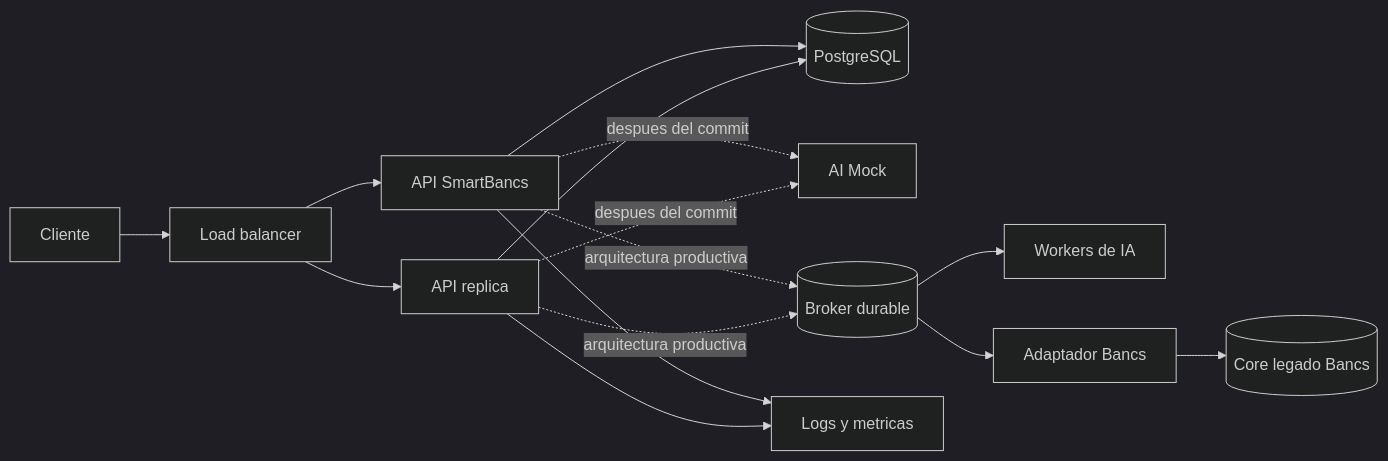
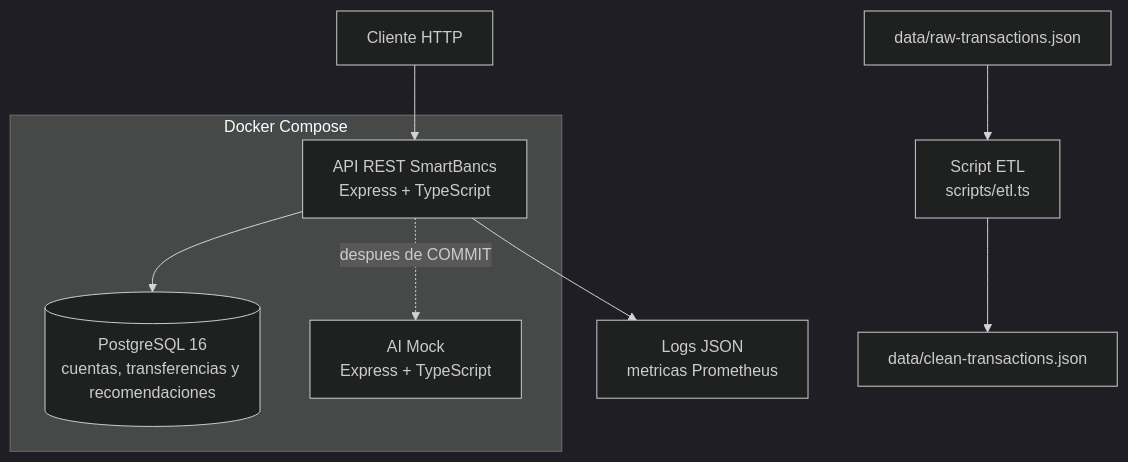
The first of 6 diagrams in DOCUMENTO_TECNICO.md (jennifervivianap/smartbancs), drawn with Mermaid (dark theme) before and after one commit. The commit also changed other lines of this file and 1 other file, not shown here.

````diff
--- a/DOCUMENTO_TECNICO.md
+++ b/DOCUMENTO_TECNICO.md
@@ -11,17 +11,15 @@
 ```mermaid
-flowchart LR
-	Client[Cliente] --> LB[Load balancer]
-	LB --> API1[API SmartBancs]
-	LB --> API2[API replica]
-	API1 --> DB[(PostgreSQL)]
-	API2 --> DB
-	API1 -. despues del commit .-> AI[AI Mock]
-	API2 -. despues del commit .-> AI
-	API1 -. arquitectura productiva .-> Broker[(Broker durable)]
-	API2 -. arquitectura productiva .-> Broker
-	Broker --> AIWorker[Workers de IA]
-	Broker --> BancsAdapter[Adaptador Bancs]
-	BancsAdapter --> Bancs[(Core legado Bancs)]
-	API1 --> Obs[Logs y metricas]
-	API2 --> Obs
+flowchart TB
+	Client[Cliente HTTP] --> API[API REST SmartBancs<br/>Express + TypeScript]
+	API --> DB[(PostgreSQL 16<br/>cuentas, transferencias y recomendaciones)]
+	API -. despues de COMMIT .-> AI[AI Mock<br/>Express + TypeScript]
+	API --> Metrics[Logs JSON<br/>metricas Prometheus]
+	ETL[Script ETL<br/>scripts/etl.ts] --> Clean[data/clean-transactions.json]
+	Raw[data/raw-transactions.json] --> ETL
+
+	subgraph Compose[Docker Compose]
+		API
+		DB
+		AI
+	end
 ```
````
